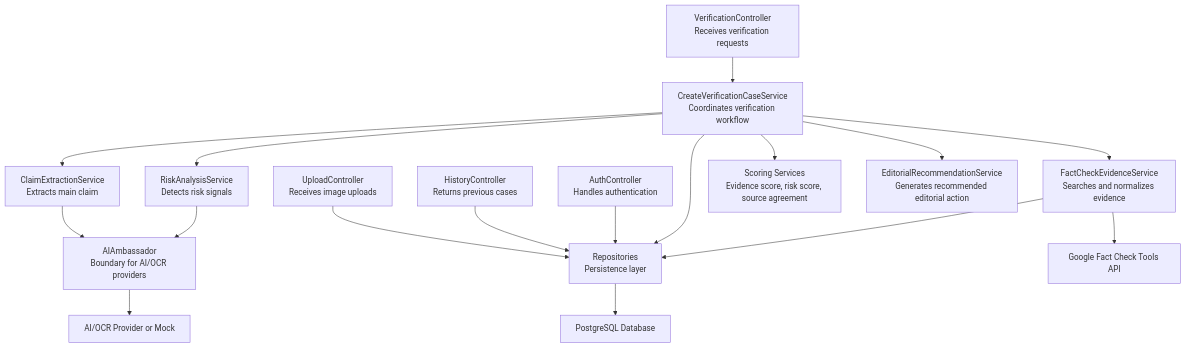
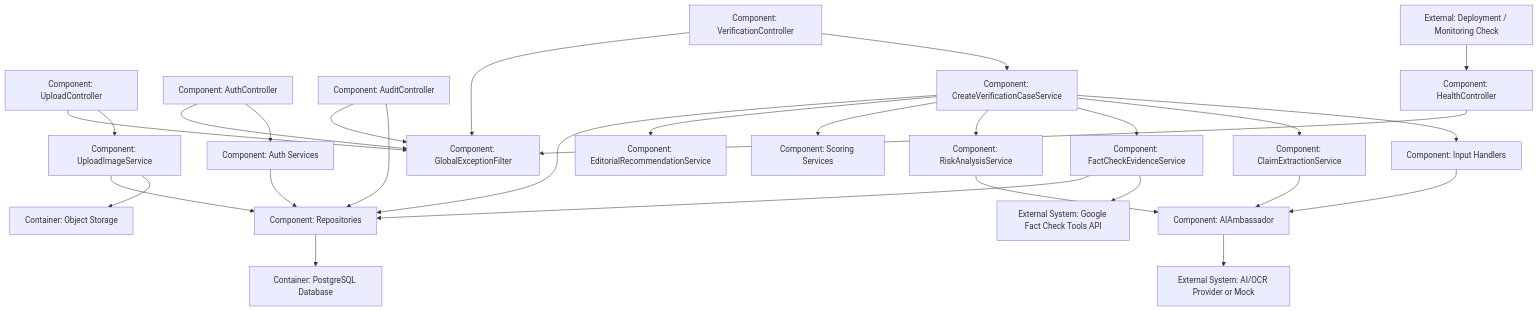
One commit to SantiagoCaldeZ/caso2-ia-detector changed the third of 3 diagrams in README.md. Above: the diagram before and after it, drawn with Mermaid. The commit also changed other lines of this file and 2 other files, not shown here.

````diff
--- a/README.md
+++ b/README.md
@@ -265,41 +2137,62 @@
 ```mermaid
 flowchart TB
-    verificationController["VerificationController<br/>Receives verification requests"]
-    uploadController["UploadController<br/>Receives image uploads"]
-    historyController["HistoryController<br/>Returns previous cases"]
-    authController["AuthController<br/>Handles authentication"]
+    monitoring["External: Deployment / Monitoring Check"]
 
-    createCaseService["CreateVerificationCaseService<br/>Coordinates verification workflow"]
-    claimService["ClaimExtractionService<br/>Extracts main claim"]
-    evidenceService["FactCheckEvidenceService<br/>Searches and normalizes evidence"]
-    riskService["RiskAnalysisService<br/>Detects risk signals"]
-    scoringServices["Scoring Services<br/>Evidence score, risk score, source agreement"]
-    recommendationService["EditorialRecommendationService<br/>Generates recommended editorial action"]
-    aiAmbassador["AIAmbassador<br/>Boundary for AI/OCR providers"]
-    repositories["Repositories<br/>Persistence layer"]
+    verificationController["Component: VerificationController"]
+    uploadController["Component: UploadController"]
+    authController["Component: AuthController"]
+    auditController["Component: AuditController"]
+    healthController["Component: HealthController"]
 
-    database["PostgreSQL Database"]
-    googleFactCheck["Google Fact Check Tools API"]
-    aiProvider["AI/OCR Provider or Mock"]
+    authServices["Component: Auth Services"]
+    uploadService["Component: UploadImageService"]
+    createCaseService["Component: CreateVerificationCaseService"]
+    inputHandlers["Component: Input Handlers"]
+    claimService["Component: ClaimExtractionService"]
+    evidenceService["Component: FactCheckEvidenceService"]
+    riskService["Component: RiskAnalysisService"]
+    scoringServices["Component: Scoring Services"]
+    recommendationService["Component: EditorialRecommendationService"]
+    aiAmbassador["Component: AIAmbassador"]
+    repositories["Component: Repositories"]
+    exceptionFilter["Component: GlobalExceptionFilter"]
+
+    database["Container: PostgreSQL Database"]
+    factCheck["External System: Google Fact Check Tools API"]
+    aiProvider["External System: AI/OCR Provider or Mock"]
+    storage["Container: Object Storage"]
+
+    monitoring --> healthController
+    healthController --> exceptionFilter
 
     verificationController --> createCaseService
-    uploadController --> repositories
-    historyController --> repositories
-    authController --> repositories
+    uploadController --> uploadService
+    authController --> authServices
+    auditController --> repositories
 
+    createCaseService --> inputHandlers
     createCaseService --> claimService
     createCaseService --> evidenceService
     createCaseService --> riskService
     createCaseService --> scoringServices
     createCaseService --> recommendationService
     createCaseService --> repositories
 
+    uploadService --> storage
+    uploadService --> repositories
+    authServices --> repositories
+
+    inputHandlers --> aiAmbassador
     claimService --> aiAmbassador
     riskService --> aiAmbassador
     aiAmbassador --> aiProvider
 
-    evidenceService --> googleFactCheck
+    evidenceService --> factCheck
     evidenceService --> repositories
+    repositories --> database
 
-    repositories --> database
+    verificationController --> exceptionFilter
+    uploadController --> exceptionFilter
+    authController --> exceptionFilter
+    auditController --> exceptionFilter
 ```
````
